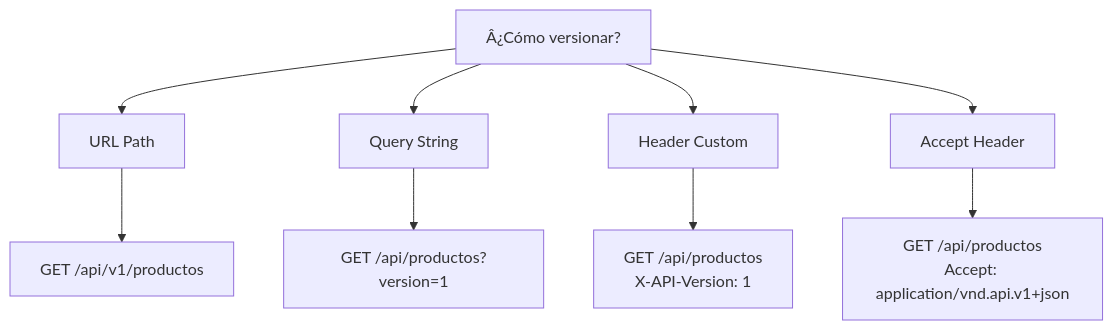
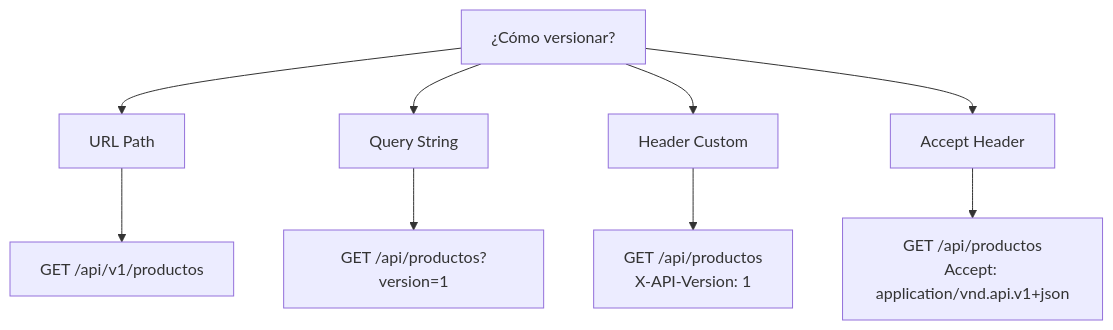
Before and after one commit to joseluisgs/TiendaDawApi-Cqrs-MediatR-NetCore: the second of 5 diagrams in doc/06-rest-best-practices.md, drawn with Mermaid. The commit also changed other lines of this file and 27 other files, not shown here.

````diff
--- a/doc/06-rest-best-practices.md
+++ b/doc/06-rest-best-practices.md
@@ -67,12 +67,12 @@
 ```mermaid
 flowchart TD
-    A["Â¿Cómo versionar?"] --> B["URL Path"]
+    A["¿Cómo versionar?"] --> B["URL Path"]
     A --> C["Query String"]
     A --> D["Header Custom"]
     A --> E["Accept Header"]
     
     B --> B1["GET /api/v1/productos"]
     C --> C1["GET /api/productos?version=1"]
     D --> D1["GET /api/productos<br/>X-API-Version: 1"]
     E --> E1["GET /api/productos<br/>Accept: application/vnd.api.v1+json"]
 ```
````
